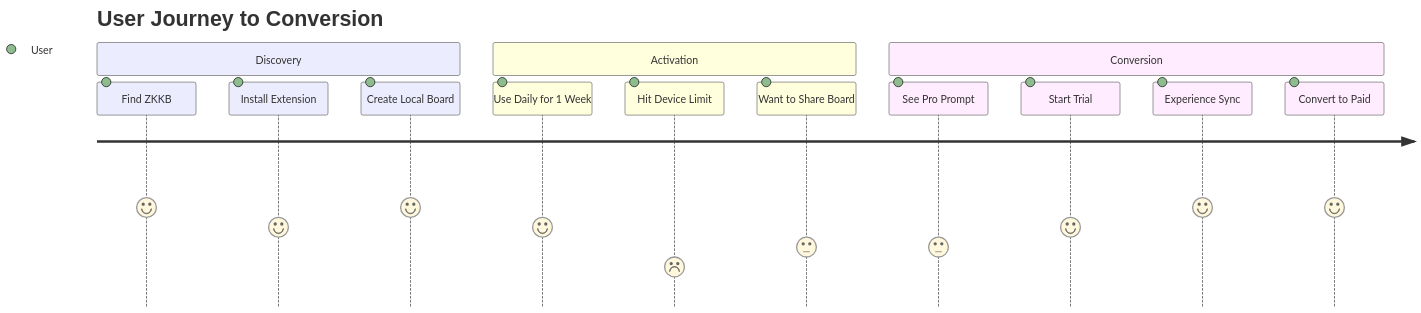
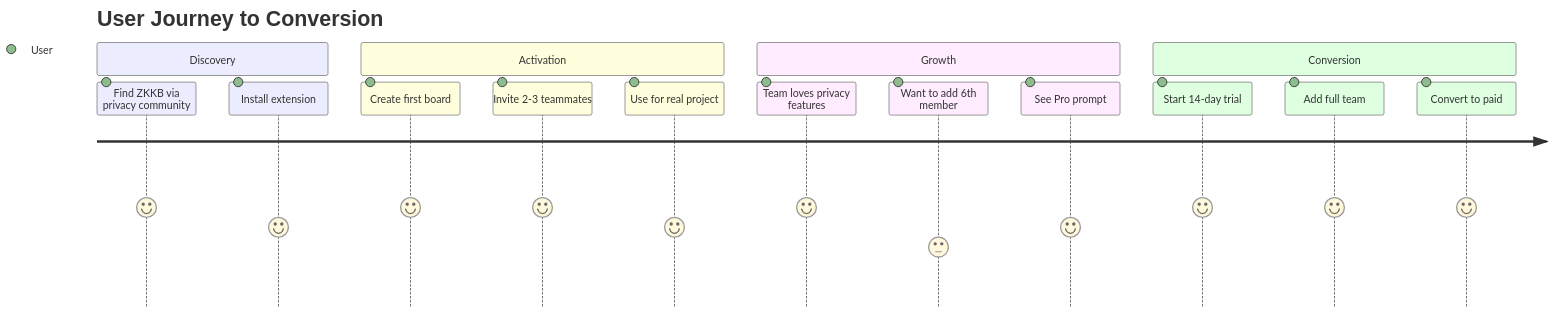
One commit to h4x0r/chatham changed the diagram in docs/FREEMIUM.md. Above: the diagram before and after it, drawn with Mermaid. The commit also changed other lines of this file and 24 other files, not shown here.

````diff
--- a/docs/FREEMIUM.md
+++ b/docs/FREEMIUM.md
@@ -87,17 +92,19 @@
 ```mermaid
 journey
     title User Journey to Conversion
     section Discovery
-      Find ZKKB: 5: User
-      Install Extension: 4: User
-      Create Local Board: 5: User
+      Find ZKKB via privacy community: 5: User
+      Install extension: 4: User
     section Activation
-      Use Daily for 1 Week: 4: User
-      Hit Device Limit: 2: User
-      Want to Share Board: 3: User
+      Create first board: 5: User
+      Invite 2-3 teammates: 5: User
+      Use for real project: 4: User
+    section Growth
+      Team loves privacy features: 5: User
+      Want to add 6th member: 3: User
+      See Pro prompt: 4: User
     section Conversion
-      See Pro Prompt: 3: User
-      Start Trial: 4: User
-      Experience Sync: 5: User
-      Convert to Paid: 5: User
+      Start 14-day trial: 5: User
+      Add full team: 5: User
+      Convert to paid: 5: User
 ```
````
